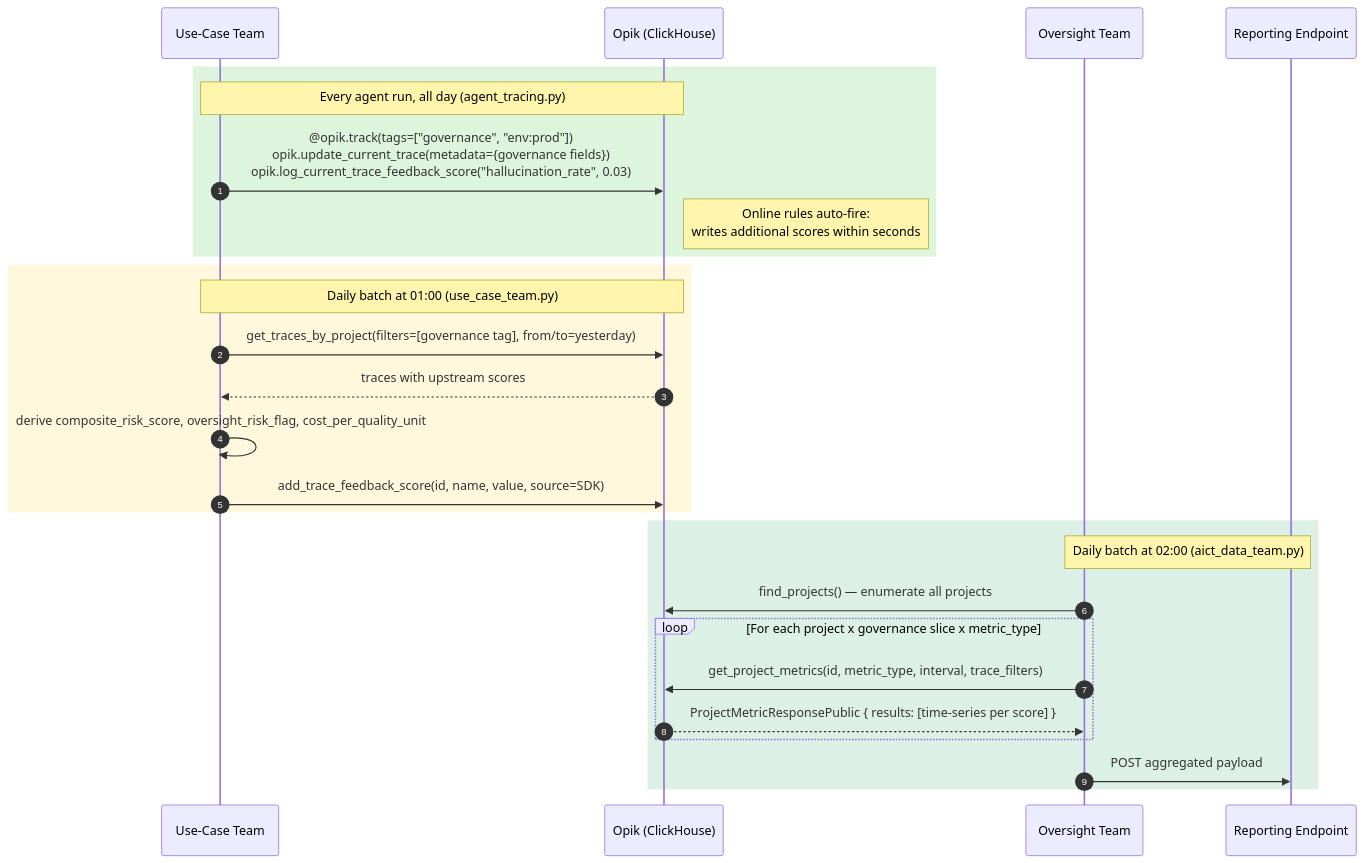
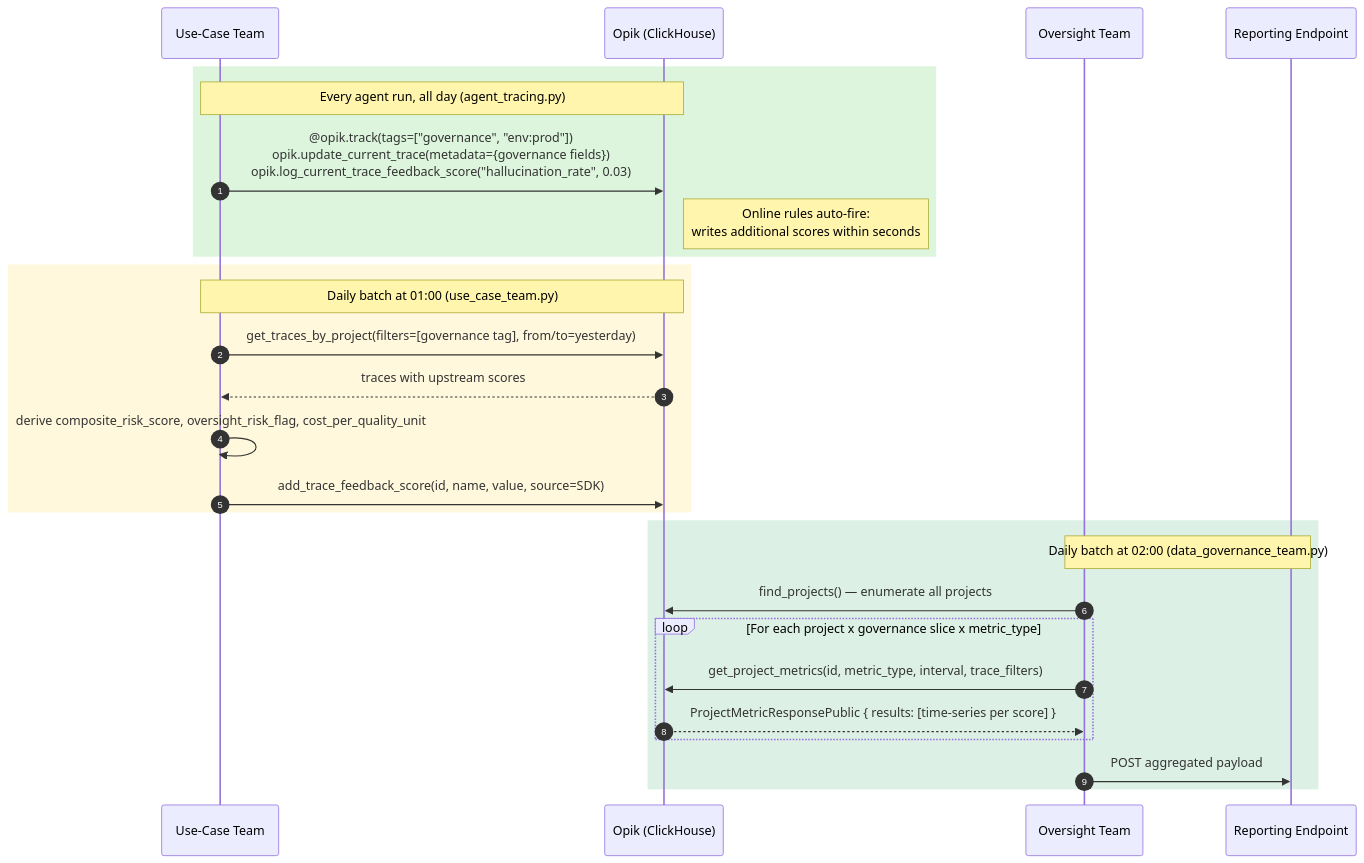
The diagram in examples/working_with_governance_data/workflow.md (comet-ml/opik-examples), drawn with Mermaid before and after one commit. The commit also changed other lines of this file and 2 other files, not shown here.

````diff
--- a/examples/working_with_governance_data/workflow.md
+++ b/examples/working_with_governance_data/workflow.md
@@ -51,36 +51,36 @@
 ```mermaid
 sequenceDiagram
     autonumber
 
     participant BU    as Use-Case Team
     participant Opik  as Opik (ClickHouse)
     participant OT    as Oversight Team
     participant Rep   as Reporting Endpoint
 
     rect rgb(220, 245, 220)
         Note over BU,Opik: Every agent run, all day (agent_tracing.py)
 
         BU->>Opik: @opik.track(tags=["governance", "env:prod"])<br/>opik.update_current_trace(metadata={governance fields})<br/>opik.log_current_trace_feedback_score("hallucination_rate", 0.03)
         Note right of Opik: Online rules auto-fire:<br/>writes additional scores within seconds
     end
 
     rect rgb(255, 248, 220)
         Note over BU,Opik: Daily batch at 01:00 (use_case_team.py)
 
         BU->>Opik: get_traces_by_project(filters=[governance tag], from/to=yesterday)
         Opik-->>BU: traces with upstream scores
         BU->>BU: derive composite_risk_score, oversight_risk_flag, cost_per_quality_unit
         BU->>Opik: add_trace_feedback_score(id, name, value, source=SDK)
     end
 
     rect rgb(220, 240, 230)
-        Note over OT,Rep: Daily batch at 02:00 (aict_data_team.py)
+        Note over OT,Rep: Daily batch at 02:00 (data_governance_team.py)
 
         OT->>Opik: find_projects() — enumerate all projects
         loop For each project x governance slice x metric_type
             OT->>Opik: get_project_metrics(id, metric_type, interval, trace_filters)
             Opik-->>OT: ProjectMetricResponsePublic { results: [time-series per score] }
         end
         OT->>Rep: POST aggregated payload
     end
 ```
````
